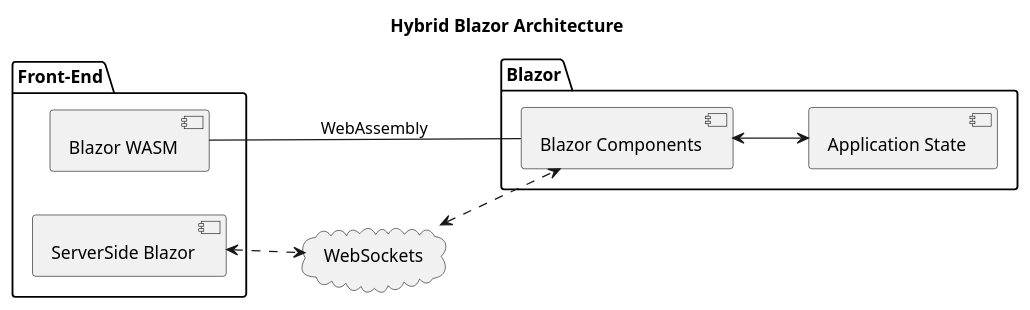
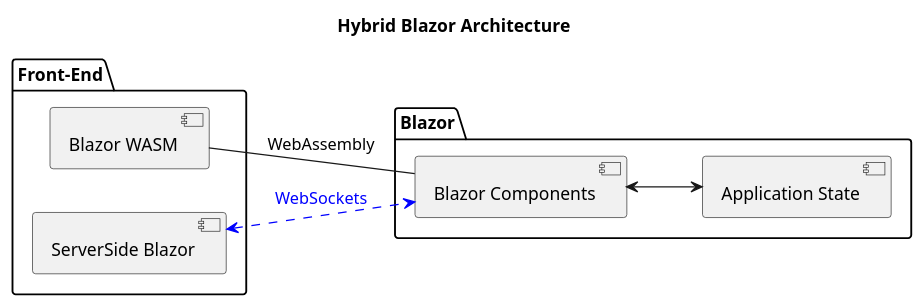
The diagram in doc/diagrams/HybridBlazorArchitecture.puml (isc30/instant-blazor), drawn with PlantUML before and after one commit. The commit also changed 2 other files, not shown here.

```diff
--- a/doc/diagrams/HybridBlazorArchitecture.puml
+++ b/doc/diagrams/HybridBlazorArchitecture.puml
@@ -1,27 +1,23 @@
 @startuml
 
 title Hybrid Blazor Architecture
 
 skinparam componentStyle uml2
 left to right direction
 
 package "Front-End" as FrontEnd {
     component "Blazor WASM" as BlazorWasm
     component "ServerSide Blazor" as BlazorServer
 }
 
-cloud "WebSockets" as WebSockets
-
 package "Blazor" as Blazor {
     component "Blazor Components" as BlazorComponents
     component "Application State" as AppState
 }
 
 BlazorWasm -- BlazorComponents : WebAssembly
-
-BlazorServer <..> WebSockets
-WebSockets <..> BlazorComponents
+BlazorServer <.[#blue].> BlazorComponents : <color blue>WebSockets</color>
 
 BlazorComponents <--> AppState
 
 @enduml
```
